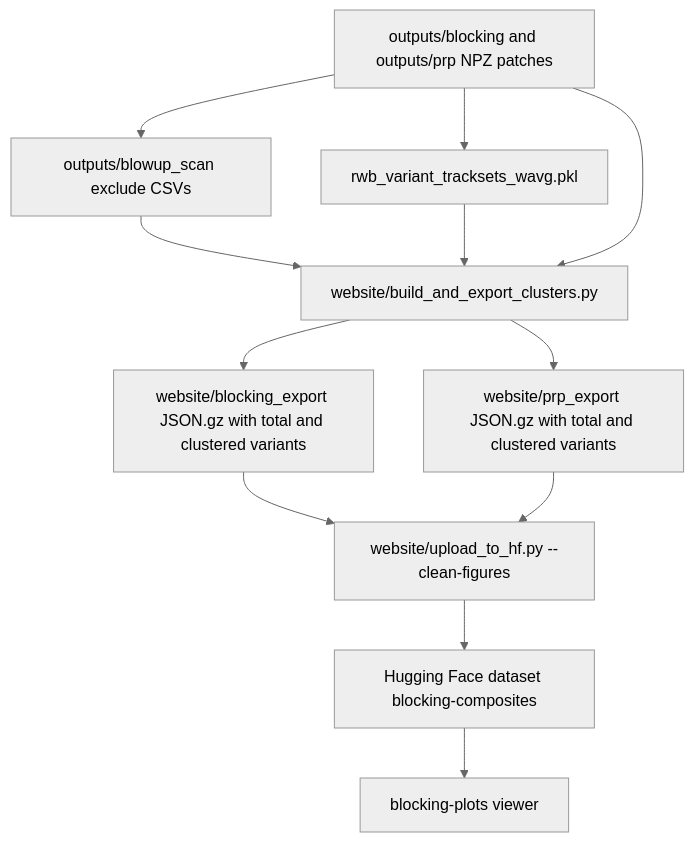
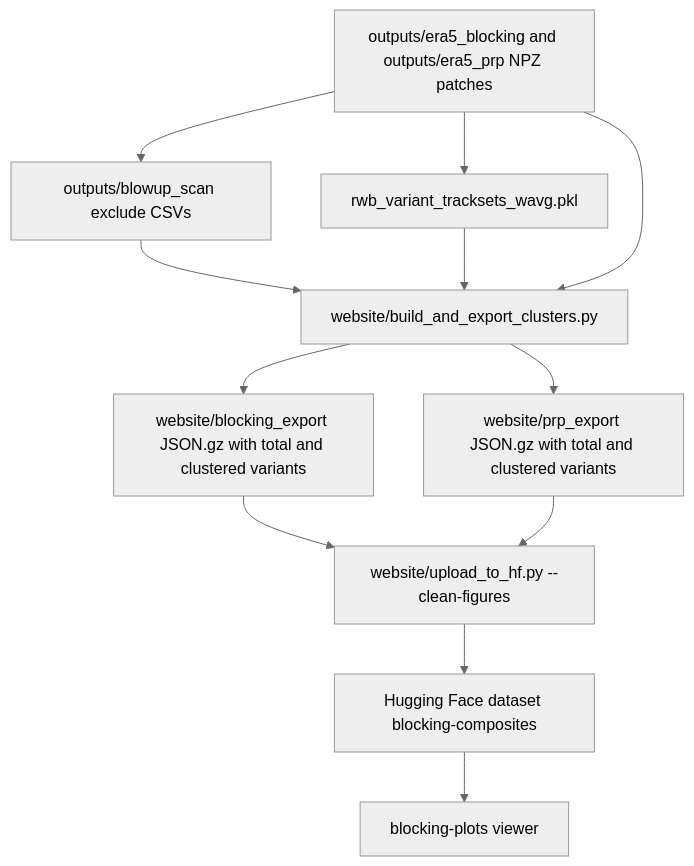
The second of 3 diagrams in README.md (yanxingjianken/pvtend), drawn with Mermaid (neutral theme) before and after one commit. The commit also changed other lines of this file and 10 other files, not shown here.

````diff
--- a/README.md
+++ b/README.md
@@ -213,14 +213,14 @@
 ```mermaid
 graph TD
-    A[outputs/blocking and outputs/prp NPZ patches] --> B[outputs/blowup_scan exclude CSVs]
+    A[outputs/era5_blocking and outputs/era5_prp NPZ patches] --> B[outputs/blowup_scan exclude CSVs]
     A --> C[rwb_variant_tracksets_wavg.pkl]
     B --> D[website/build_and_export_clusters.py]
     C --> D
     A --> D
     D --> E[website/blocking_export JSON.gz with total and clustered variants]
     D --> F[website/prp_export JSON.gz with total and clustered variants]
     E --> G[website/upload_to_hf.py --clean-figures]
     F --> G
     G --> H[Hugging Face dataset blocking-composites]
     H --> I[blocking-plots viewer]
 ```
````
